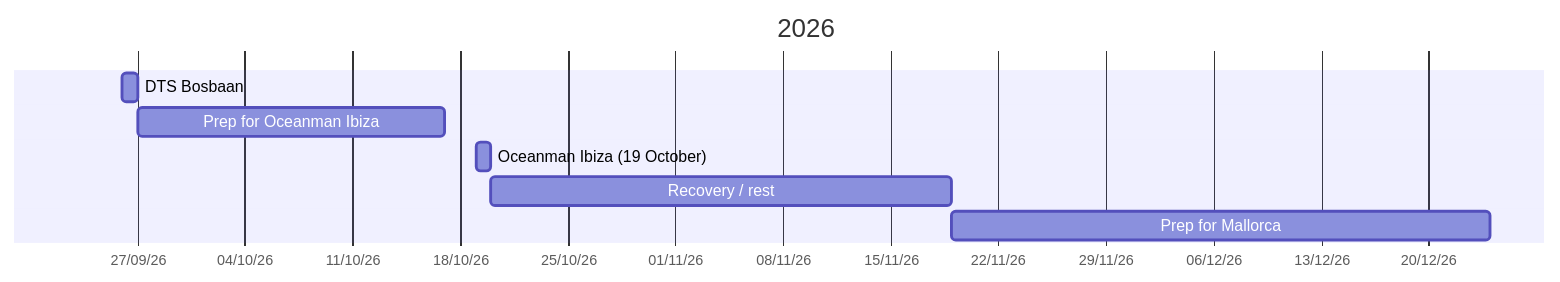
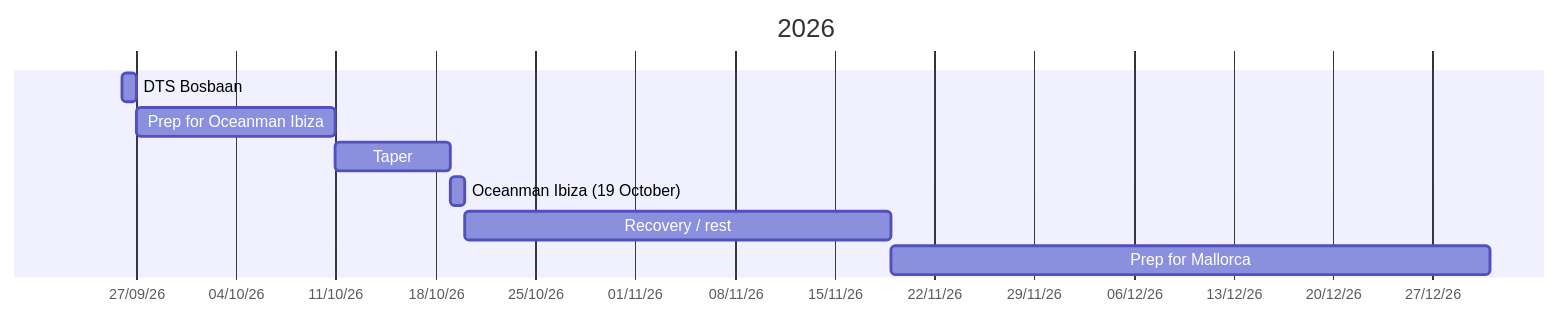
One commit to onekrasov/onekrasov.github.io changed the first of 2 diagrams in _posts/2027-09-27-sport-events-planning.md. Above: the diagram before and after it, drawn with Mermaid. The commit also changed other lines of this file, not shown here.

````diff
--- a/_posts/2027-09-27-sport-events-planning.md
+++ b/_posts/2027-09-27-sport-events-planning.md
@@ -10,11 +10,14 @@
 ```mermaid
 gantt
     title 2026
     dateFormat DD-MM-YY
     axisFormat %d/%m/%y
+
     DTS Bosbaan: a1, 26-09-26, 1d
-    Prep for Oceanman Ibiza: a2, after a1, 20d
+    Prep for Oceanman Ibiza: a2, after a1, 14d
+    Taper: after a2, 8d
     Oceanman Ibiza (19 October): a3, 19-10-26, 1d
+
     Recovery / rest: r1, after a3, 30d
-    Prep for Mallorca: after r1, 35d
+    Prep for Mallorca: after r1, 31-12-26
 ```
````
